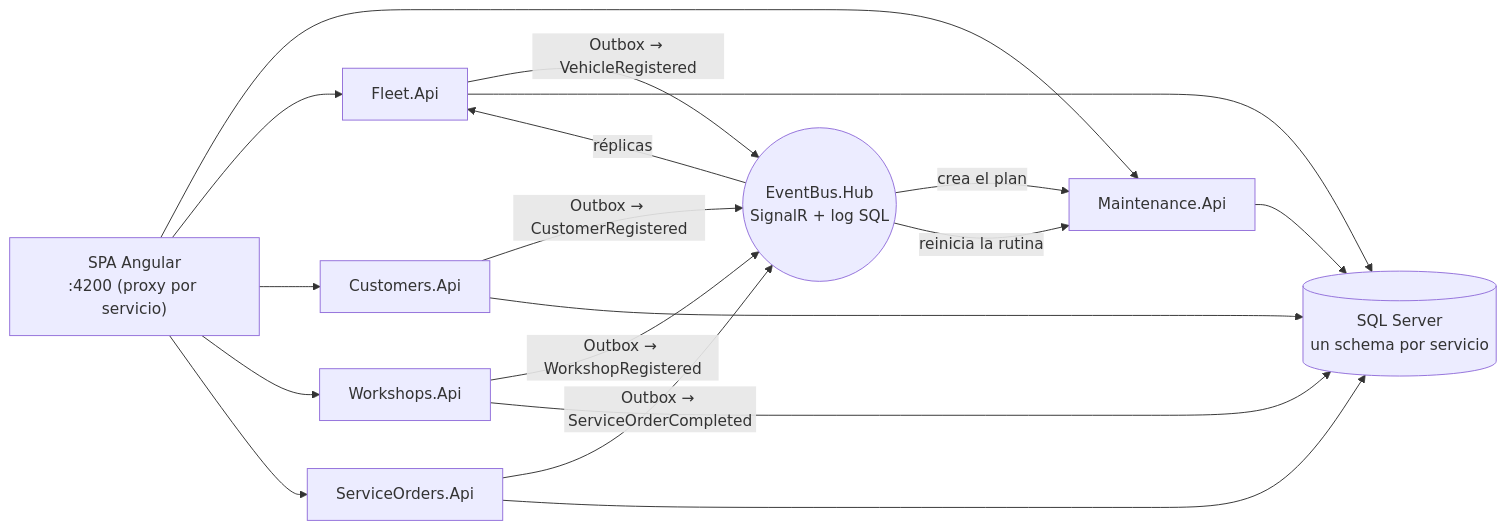
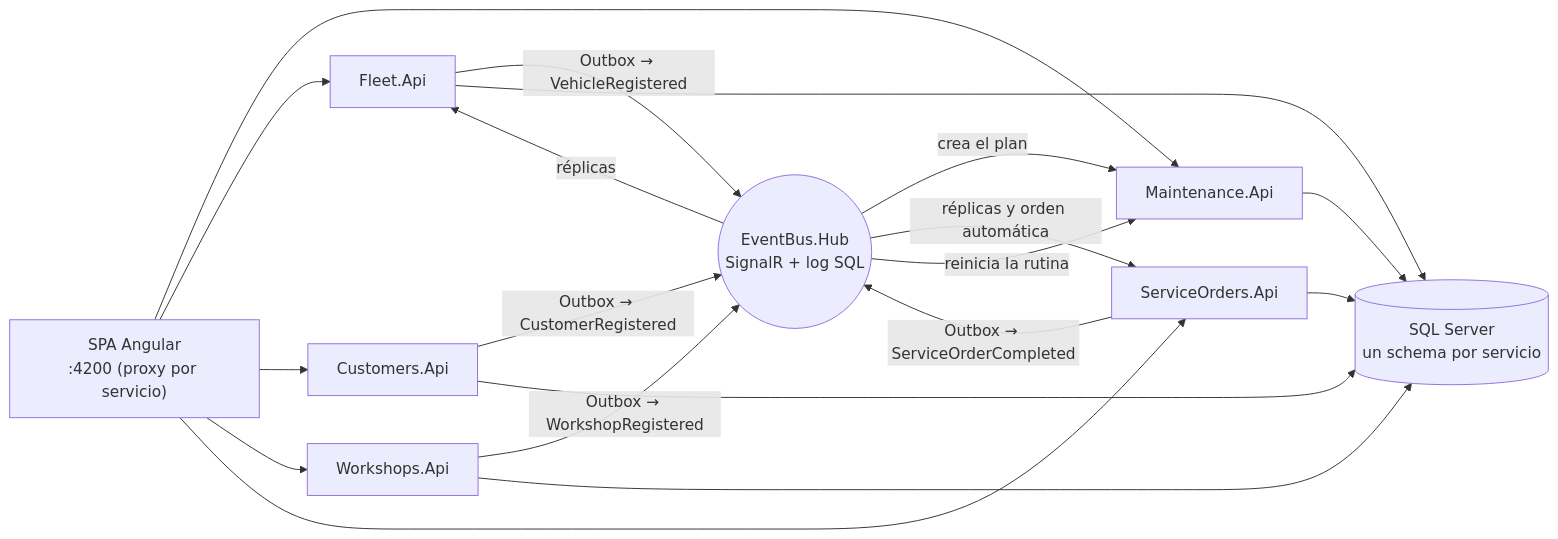
The diagram in README.md (dmazo1023/rutaviva-fleet-maintenance-platform), drawn with Mermaid before and after one commit. The commit also changed other lines of this file and 4 other files, not shown here.

Commit message:
docs: ADR-0031, README, diagrama y samples con réplicas, orden automática y aprobador autorizado

````diff
--- a/README.md
+++ b/README.md
@@ -35,16 +36,17 @@
 ```mermaid
 flowchart LR
     UI["SPA Angular<br/>:4200 (proxy por servicio)"] --> M["Maintenance.Api"]
     UI --> F["Fleet.Api"]
     UI --> C["Customers.Api"]
     UI --> W["Workshops.Api"]
     UI --> SO["ServiceOrders.Api"]
     C -- "Outbox → CustomerRegistered" --> EB(("EventBus.Hub<br/>SignalR + log SQL"))
     W -- "Outbox → WorkshopRegistered" --> EB
     EB -- "réplicas" --> F
     F -- "Outbox → VehicleRegistered" --> EB
     EB -- "crea el plan" --> M
     SO -- "Outbox → ServiceOrderCompleted" --> EB
+    EB -- "réplicas y orden automática" --> SO
     EB -- "reinicia la rutina" --> M
     M & F & C & W & SO --> DB[("SQL Server<br/>un schema por servicio")]
 ```
````
